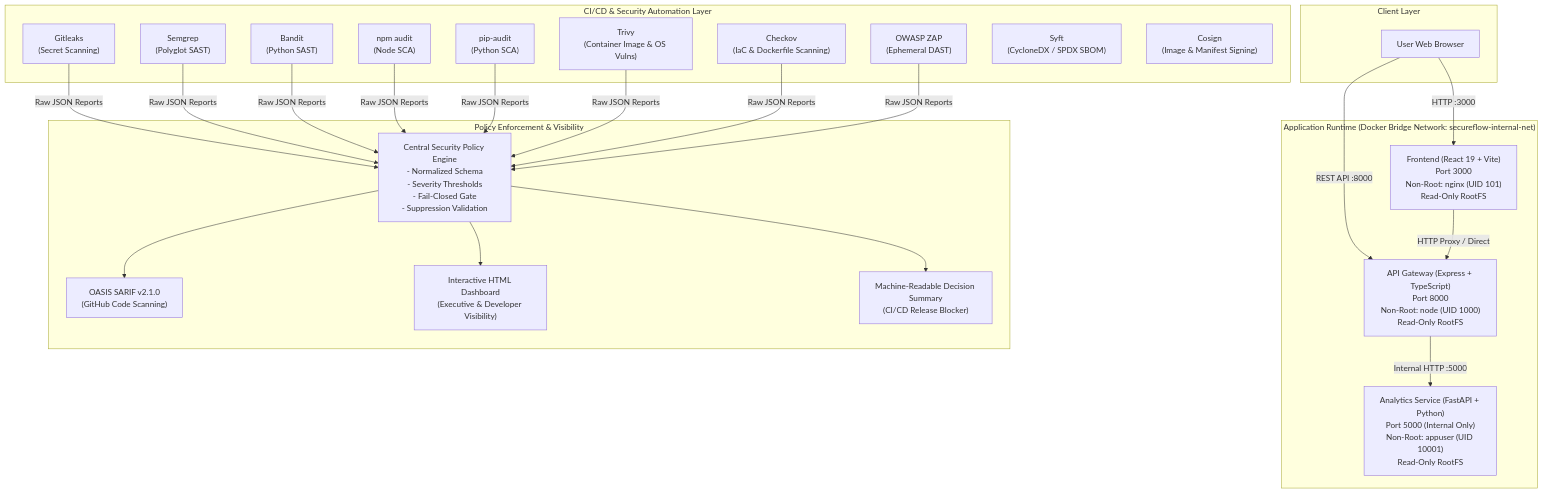
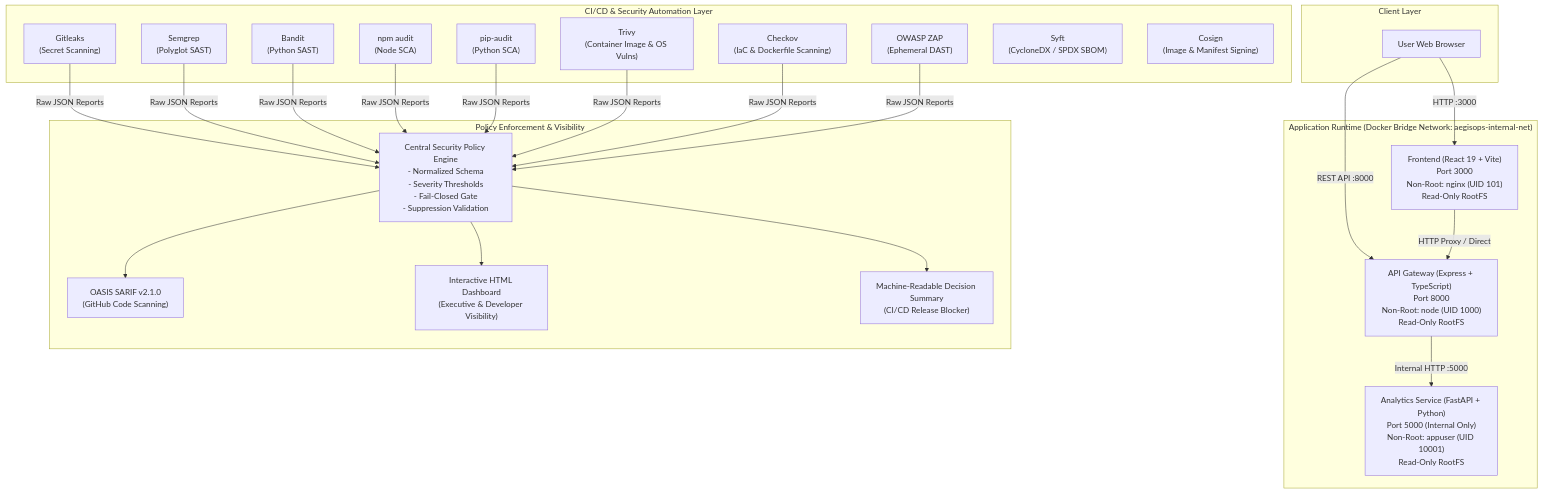
One commit to ayus1n9/AegisOps changed the diagram in docs/architecture.md. Above: the diagram before and after it, drawn with Mermaid. The commit also changed other lines of this file and 58 other files, not shown here.

````diff
--- a/docs/architecture.md
+++ b/docs/architecture.md
@@ -7,42 +7,42 @@
 ```mermaid
 graph TD
     subgraph "Client Layer"
         Browser["User Web Browser"]
     end
 
-    subgraph "Application Runtime (Docker Bridge Network: secureflow-internal-net)"
+    subgraph "Application Runtime (Docker Bridge Network: aegisops-internal-net)"
         FE["Frontend (React 19 + Vite)<br/>Port 3000<br/>Non-Root: nginx (UID 101)<br/>Read-Only RootFS"]
         API["API Gateway (Express + TypeScript)<br/>Port 8000<br/>Non-Root: node (UID 1000)<br/>Read-Only RootFS"]
         PY["Analytics Service (FastAPI + Python)<br/>Port 5000 (Internal Only)<br/>Non-Root: appuser (UID 10001)<br/>Read-Only RootFS"]
     end
 
     subgraph "CI/CD & Security Automation Layer"
         GL["Gitleaks<br/>(Secret Scanning)"]
         SG["Semgrep<br/>(Polyglot SAST)"]
         BD["Bandit<br/>(Python SAST)"]
         NA["npm audit<br/>(Node SCA)"]
         PA["pip-audit<br/>(Python SCA)"]
         TR["Trivy<br/>(Container Image & OS Vulns)"]
         CK["Checkov<br/>(IaC & Dockerfile Scanning)"]
         ZP["OWASP ZAP<br/>(Ephemeral DAST)"]
         SY["Syft<br/>(CycloneDX / SPDX SBOM)"]
         CS["Cosign<br/>(Image & Manifest Signing)"]
     end
 
     subgraph "Policy Enforcement & Visibility"
         PE["Central Security Policy Engine<br/>- Normalized Schema<br/>- Severity Thresholds<br/>- Fail-Closed Gate<br/>- Suppression Validation"]
         SARIF["OASIS SARIF v2.1.0<br/>(GitHub Code Scanning)"]
         HTML["Interactive HTML Dashboard<br/>(Executive & Developer Visibility)"]
         JSON["Machine-Readable Decision Summary<br/>(CI/CD Release Blocker)"]
     end
 
     Browser -->|HTTP :3000| FE
     Browser -->|REST API :8000| API
     FE -->|HTTP Proxy / Direct| API
     API -->|Internal HTTP :5000| PY
 
     GL & SG & BD & NA & PA & TR & CK & ZP -->|Raw JSON Reports| PE
     PE --> SARIF
     PE --> HTML
     PE --> JSON
 ```
````
